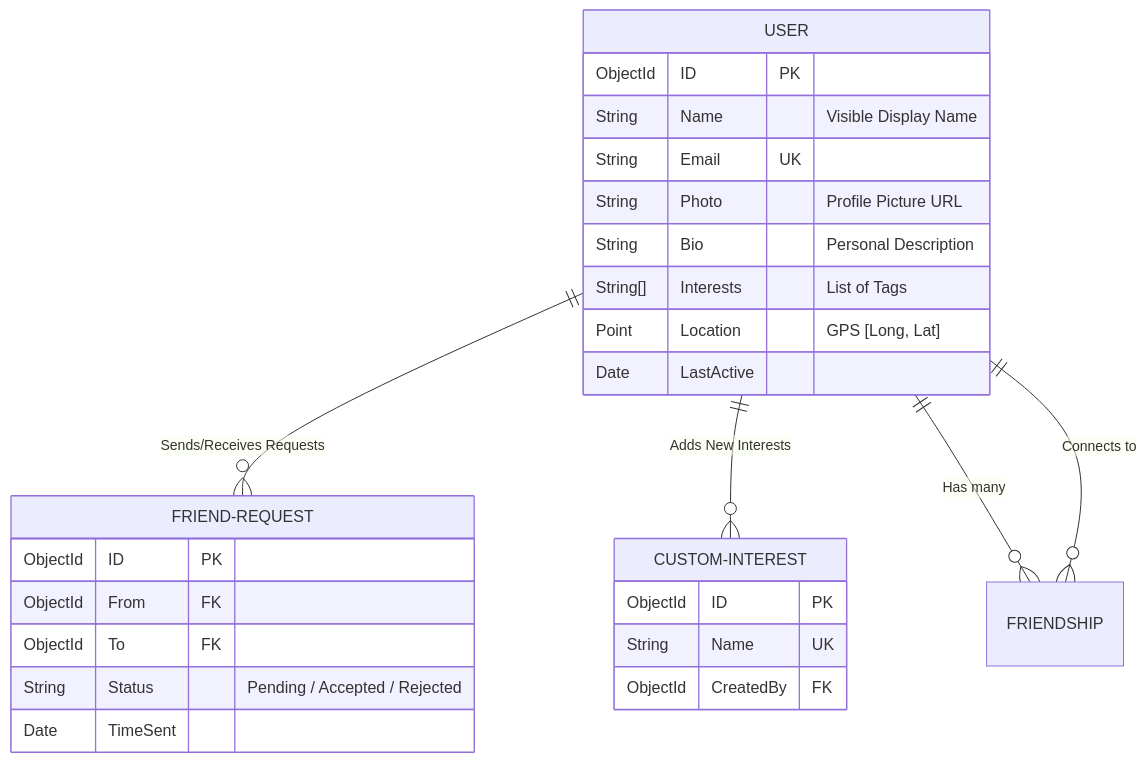
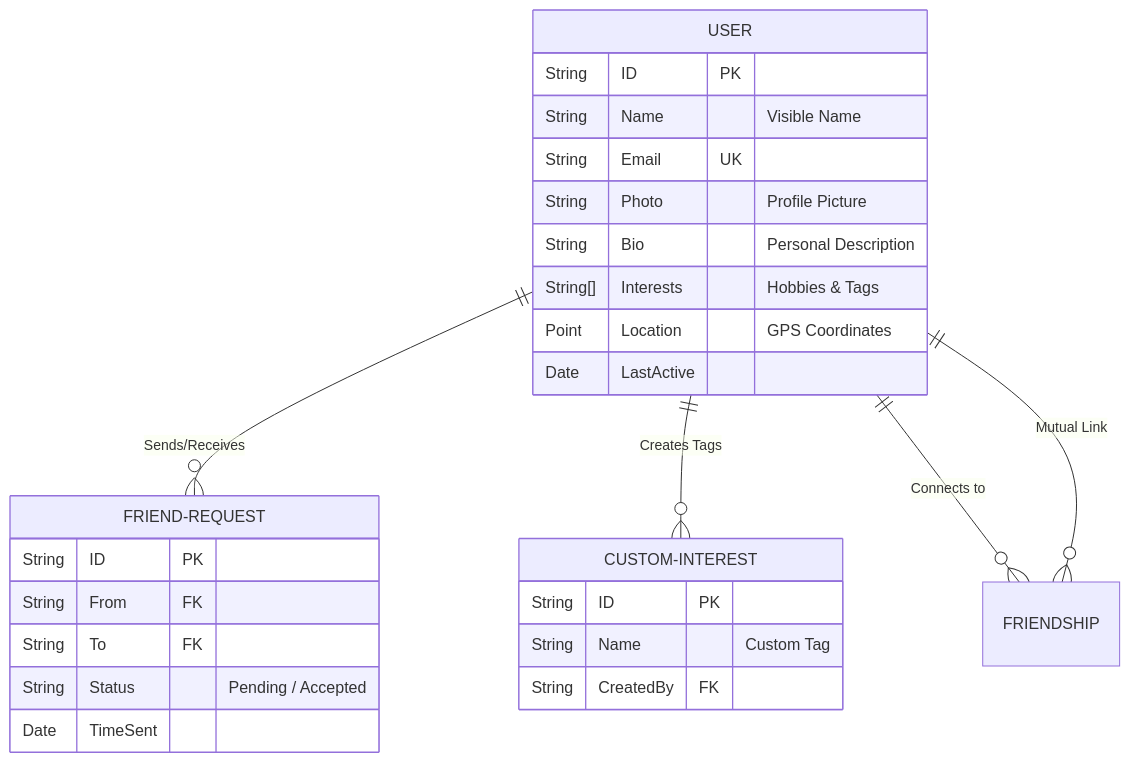
The second of 8 diagrams in docs/DIAGRAMS.md (Akash-Veerla/Demographic), drawn with Mermaid before and after one commit. The commit also changed other lines of this file, not shown here.

Commit message:
Diagrams update reflecting system update

````diff
--- a/docs/DIAGRAMS.md
+++ b/docs/DIAGRAMS.md
@@ -50,32 +49,32 @@
 ```mermaid
 erDiagram
-    USER ||--o{ FRIEND-REQUEST : "Sends/Receives Requests"
-    USER ||--o{ CUSTOM-INTEREST : "Adds New Interests"
-    USER ||--o{ FRIENDSHIP : "Has many"
-    FRIENDSHIP }o--|| USER : "Connects to"
+    USER ||--o{ FRIEND-REQUEST : "Sends/Receives"
+    USER ||--o{ CUSTOM-INTEREST : "Creates Tags"
+    USER ||--o{ FRIENDSHIP : "Connects to"
+    FRIENDSHIP }o--|| USER : "Mutual Link"
 
     USER {
-        ObjectId ID PK
-        String Name "Visible Display Name"
+        String ID PK
+        String Name "Visible Name"
         String Email UK
-        String Photo "Profile Picture URL"
+        String Photo "Profile Picture"
         String Bio "Personal Description"
-        String[] Interests "List of Tags"
-        Point Location "GPS [Long, Lat]"
+        String[] Interests "Hobbies & Tags"
+        Point Location "GPS Coordinates"
         Date LastActive
     }
 
     FRIEND-REQUEST {
-        ObjectId ID PK
-        ObjectId From FK
-        ObjectId To FK
-        String Status "Pending / Accepted / Rejected"
+        String ID PK
+        String From FK
+        String To FK
+        String Status "Pending / Accepted"
         Date TimeSent
     }
 
     CUSTOM-INTEREST {
-        ObjectId ID PK
-        String Name UK
-        ObjectId CreatedBy FK
+        String ID PK
+        String Name "Custom Tag"
+        String CreatedBy FK
     }
 ```
````
